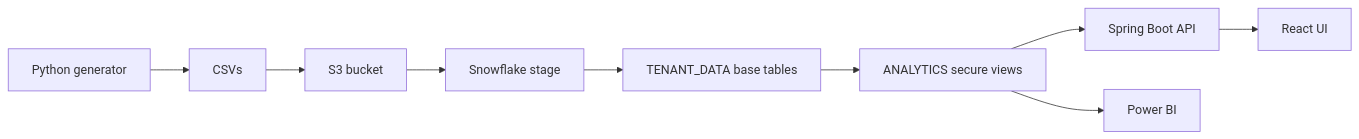
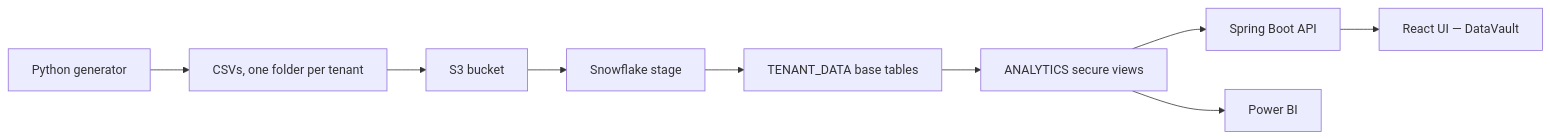
One commit to Aryanprakash05/-cap-30-tenant-isolation changed the diagram in README.md. Above: the diagram before and after it, drawn with Mermaid. The commit also changed other lines of this file and 18 other files, not shown here.

````diff
--- a/README.md
+++ b/README.md
@@ -18,11 +24,11 @@
 ```mermaid
 flowchart LR
-    PY[Python generator] --> CSV[CSVs]
+    PY[Python generator] --> CSV[CSVs, one folder per tenant]
     CSV --> S3[S3 bucket]
     S3 --> STG[Snowflake stage]
     STG --> BASE[TENANT_DATA base tables]
     BASE --> VIEWS[ANALYTICS secure views]
     VIEWS --> API[Spring Boot API]
     VIEWS --> PBI[Power BI]
-    API --> REACT[React UI]
+    API --> REACT[React UI — DataVault]
 ```
````
